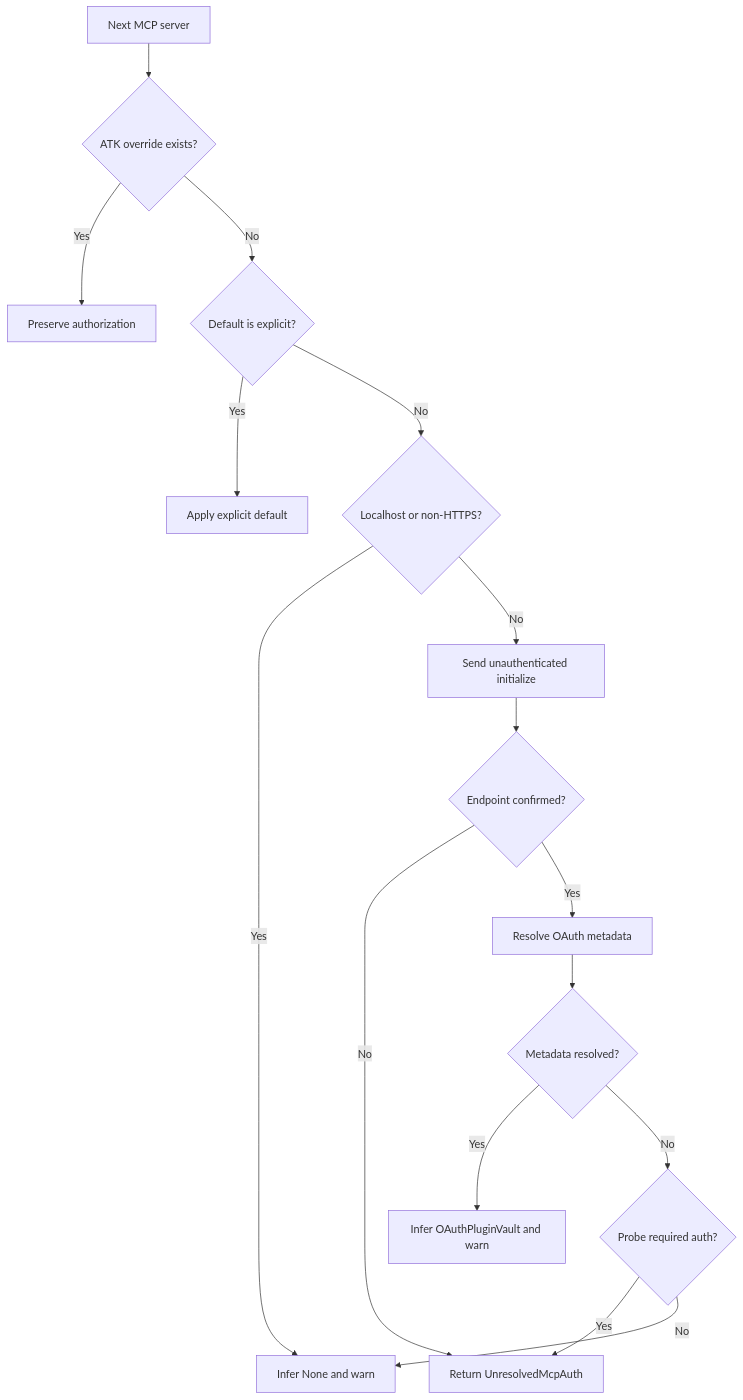
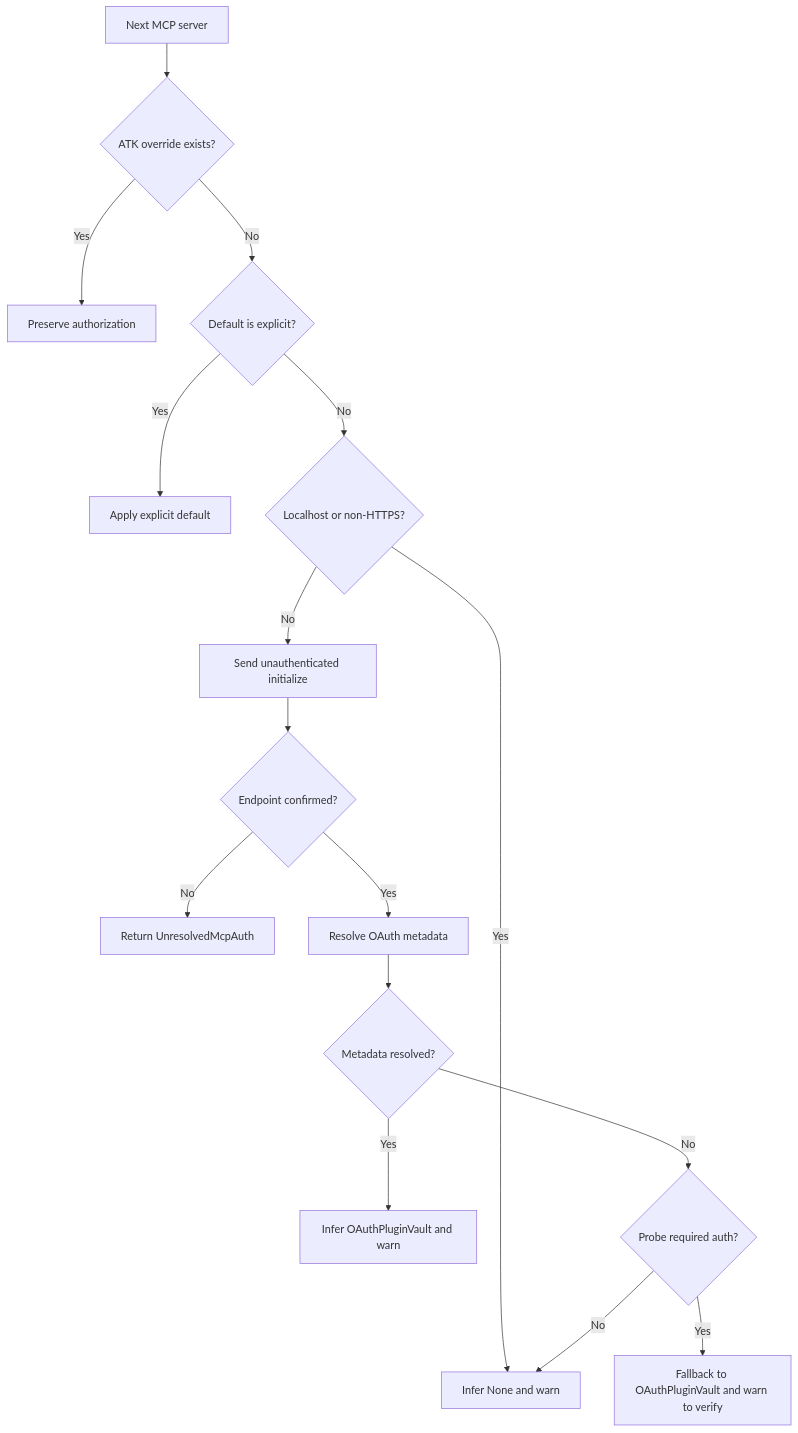
One commit to OfficeDev/Teams-Toolkit changed the diagram in docs/03-specs/operations/product/resolve-open-plugin-mcp-auth.md. Above: the diagram before and after it, drawn with Mermaid. The commit also changed other lines of this file and 6 other files, not shown here.

Commit message:
fix(fx-core): fallback to OAuth for auth challenges

````diff
--- a/docs/03-specs/operations/product/resolve-open-plugin-mcp-auth.md
+++ b/docs/03-specs/operations/product/resolve-open-plugin-mcp-auth.md
@@ -46,18 +48,18 @@
 ```mermaid
 flowchart TD
   Server[Next MCP server] --> Override{ATK override exists?}
   Override -- Yes --> Preserve[Preserve authorization]
   Override -- No --> Explicit{Default is explicit?}
   Explicit -- Yes --> Apply[Apply explicit default]
   Explicit -- No --> Local{Localhost or non-HTTPS?}
   Local -- Yes --> InferNone[Infer None and warn]
   Local -- No --> Probe[Send unauthenticated initialize]
   Probe --> Confirmed{Endpoint confirmed?}
   Confirmed -- No --> Unresolved[Return UnresolvedMcpAuth]
   Confirmed -- Yes --> Discover[Resolve OAuth metadata]
   Discover --> OAuth{Metadata resolved?}
   OAuth -- Yes --> InferOAuth[Infer OAuthPluginVault and warn]
   OAuth -- No --> Challenge{Probe required auth?}
-  Challenge -- Yes --> Unresolved
+  Challenge -- Yes --> FallbackOAuth[Fallback to OAuthPluginVault and warn to verify]
   Challenge -- No --> InferNone
 ```
````
